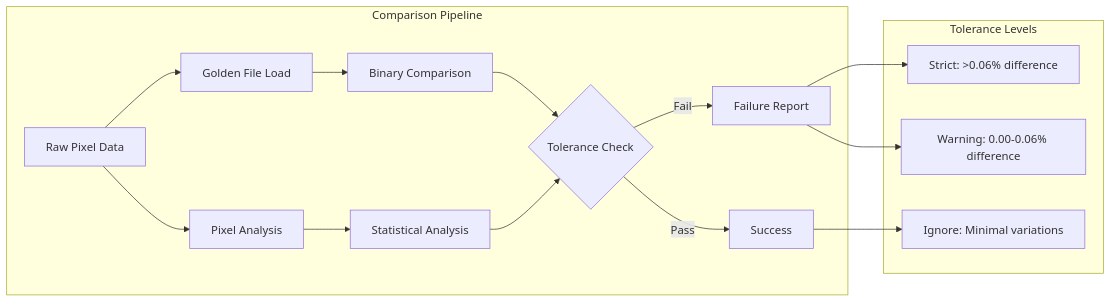
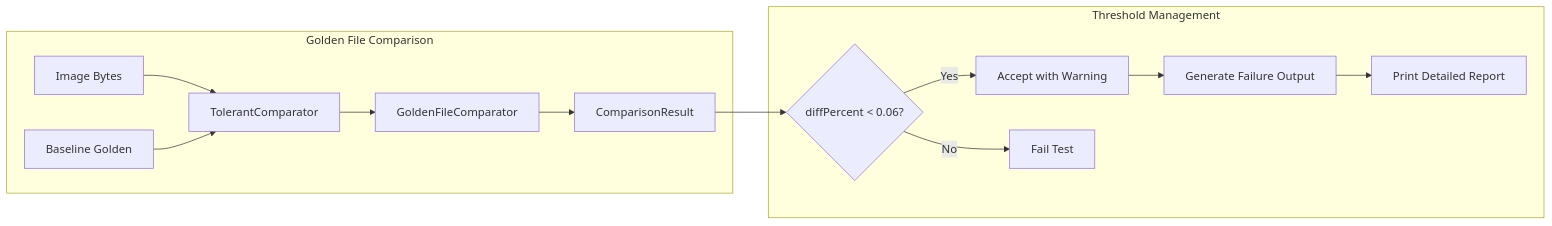
The fifth of 8 diagrams in .qoder/repowiki/en/content/Testing and Quality Assurance/Testing Infrastructure Documentation.md (denisnadey/flutter_full_svg_support), drawn with Mermaid before and after one commit. The commit also changed other lines of this file and 33 other files, not shown here.

````diff
--- a/.qoder/repowiki/en/content/Testing and Quality Assurance/Testing Infrastructure Documentation.md
+++ b/.qoder/repowiki/en/content/Testing and Quality Assurance/Testing Infrastructure Documentation.md
@@ -493,21 +206,16 @@
 ```mermaid
 flowchart LR
-subgraph "Comparison Pipeline"
-A[Raw Pixel Data] --> B[Golden File Load]
-A --> C[Pixel Analysis]
-B --> D[Binary Comparison]
-C --> E[Statistical Analysis]
-D --> F{Tolerance Check}
-E --> F
-F --> |Pass| G[Success]
-F --> |Fail| H[Failure Report]
+subgraph "Golden File Comparison"
+A[Image Bytes] --> B[TolerantComparator]
+C[Baseline Golden] --> B
+B --> D[GoldenFileComparator]
+D --> E[ComparisonResult]
 end
-subgraph "Tolerance Levels"
-I[Strict: >0.06% difference]
-J[Warning: 0.00-0.06% difference]
-K[Ignore: Minimal variations]
+subgraph "Threshold Management"
+E --> F{diffPercent < 0.06?}
+F --> |Yes| G[Accept with Warning]
+F --> |No| H[Fail Test]
+G --> I[Generate Failure Output]
+I --> J[Print Detailed Report]
 end
-H --> I
-H --> J
-G --> K
 ```
````
